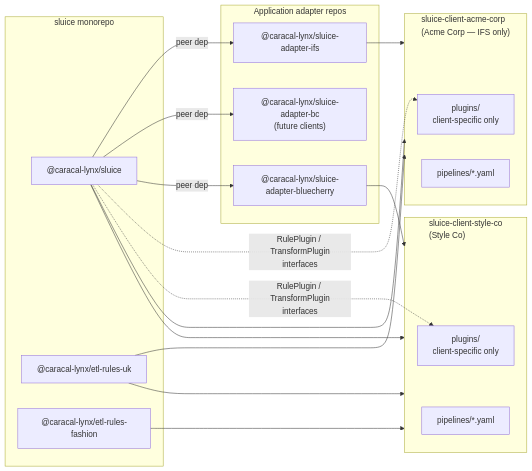
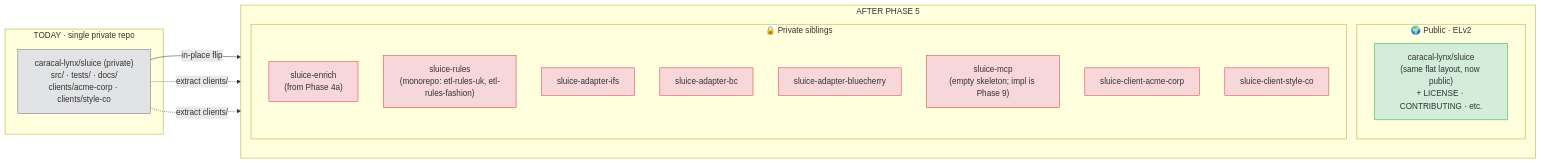
The first of 2 diagrams in docs/PHASE-05-DEVELOPMENT-WORKFLOW.md (caracal-lynx/sluice), drawn with Mermaid before and after one commit. The commit also changed other lines of this file and 16 other files, not shown here.

Commit message:
[master] - 📝 Update company name from "Caracal Lynx Limited" to "Caracal Lynx Ltd." across multiple documentation files for consistency. 📄✨

````diff
--- a/docs/PHASE-05-DEVELOPMENT-WORKFLOW.md
+++ b/docs/PHASE-05-DEVELOPMENT-WORKFLOW.md
@@ -479,40 +62,38 @@
 ```mermaid
 graph LR
-    subgraph MONO["sluice monorepo"]
-        SLUICE["@caracal-lynx/sluice"]
-        UK["@caracal-lynx/etl-rules-uk"]
-        FASHION["@caracal-lynx/etl-rules-fashion"]
+    subgraph BEFORE["TODAY · single private repo"]
+        SLUICE_OLD["caracal-lynx/sluice (private)<br/>src/ · tests/ · docs/<br/>clients/acme-corp · clients/style-co"]
     end
 
-    subgraph APP["Application adapter repos"]
-        IFS["@caracal-lynx/sluice-adapter-ifs"]
-        BC["@caracal-lynx/sluice-adapter-bc\n(future clients)"]
-        BLUE["@caracal-lynx/sluice-adapter-bluecherry"]
+    subgraph AFTER["AFTER PHASE 5"]
+        direction TB
+        subgraph PUB["🌍 Public · ELv2"]
+            SLUICE_NEW["caracal-lynx/sluice<br/>(same flat layout, now public)<br/>+ LICENSE · CONTRIBUTING · etc."]
+        end
+        subgraph PRIV["🔒 Private siblings"]
+            ENRICH["sluice-enrich<br/>(from Phase 4a)"]
+            RULES["sluice-rules<br/>(monorepo: etl-rules-uk, etl-rules-fashion)"]
+            IFS["sluice-adapter-ifs"]
+            BC["sluice-adapter-bc"]
+            BLUE["sluice-adapter-bluecherry"]
+            MCP["sluice-mcp<br/>(empty skeleton; impl is Phase 9)"]
+            ACME_CORP["sluice-client-acme-corp"]
+            STYLE_CO["sluice-client-style-co"]
+        end
     end
 
-    subgraph ACME_CORP["sluice-client-acme-corp\n(Acme Corp — IFS only)"]
-        C_PLUGINS["plugins/\nclient-specific only"]
-        C_YAML["pipelines/*.yaml"]
-    end
+    SLUICE_OLD -->|in-place flip| SLUICE_NEW
+    SLUICE_OLD -.->|extract clients/| ACME_CORP
+    SLUICE_OLD -.->|extract clients/| STYLE_CO
 
-    subgraph STYLE_CO["sluice-client-style-co\n(Style Co)"]
-        E_PLUGINS["plugins/\nclient-specific only"]
-        E_YAML["pipelines/*.yaml"]
-    end
-
-    SLUICE -->|peer dep| IFS
-    SLUICE -->|peer dep| BC
-    SLUICE -->|peer dep| BLUE
-
-    SLUICE --> ACME_CORP
-    UK     --> ACME_CORP
-    IFS    --> ACME_CORP
-
-    SLUICE  --> STYLE_CO
-    UK      --> STYLE_CO
-    FASHION --> STYLE_CO
-    BLUE    --> STYLE_CO
-
-    SLUICE -.->|"RulePlugin / TransformPlugin\ninterfaces"| C_PLUGINS
-    SLUICE -.->|"RulePlugin / TransformPlugin\ninterfaces"| E_PLUGINS
+    style SLUICE_OLD fill:#e2e3e5,stroke:#6c757d
+    style SLUICE_NEW fill:#d4edda,stroke:#28a745
+    style ENRICH fill:#f8d7da,stroke:#dc3545
+    style RULES fill:#f8d7da,stroke:#dc3545
+    style IFS fill:#f8d7da,stroke:#dc3545
+    style BC fill:#f8d7da,stroke:#dc3545
+    style BLUE fill:#f8d7da,stroke:#dc3545
+    style MCP fill:#f8d7da,stroke:#dc3545
+    style ACME_CORP fill:#f8d7da,stroke:#dc3545
+    style STYLE_CO fill:#f8d7da,stroke:#dc3545
 ```
````
